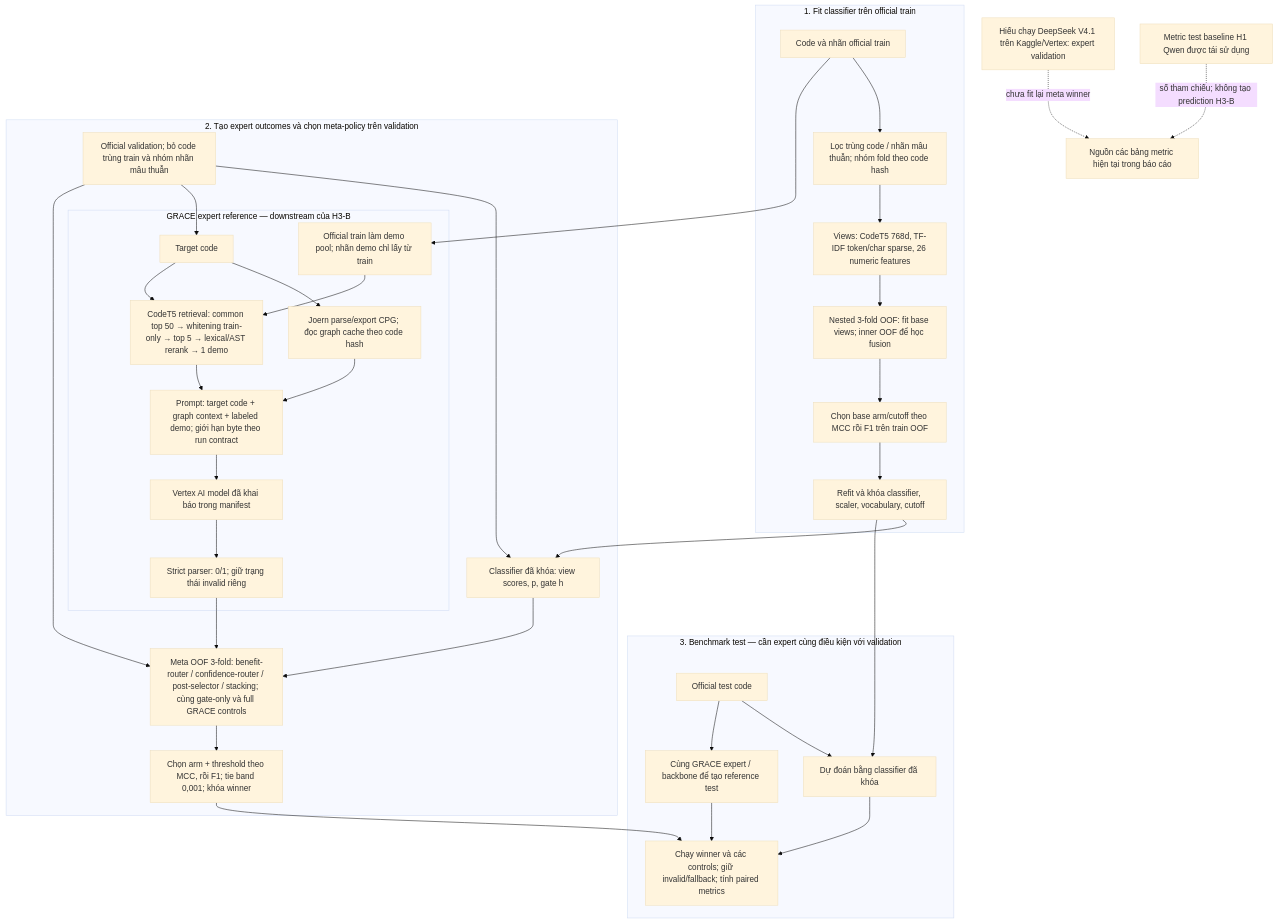
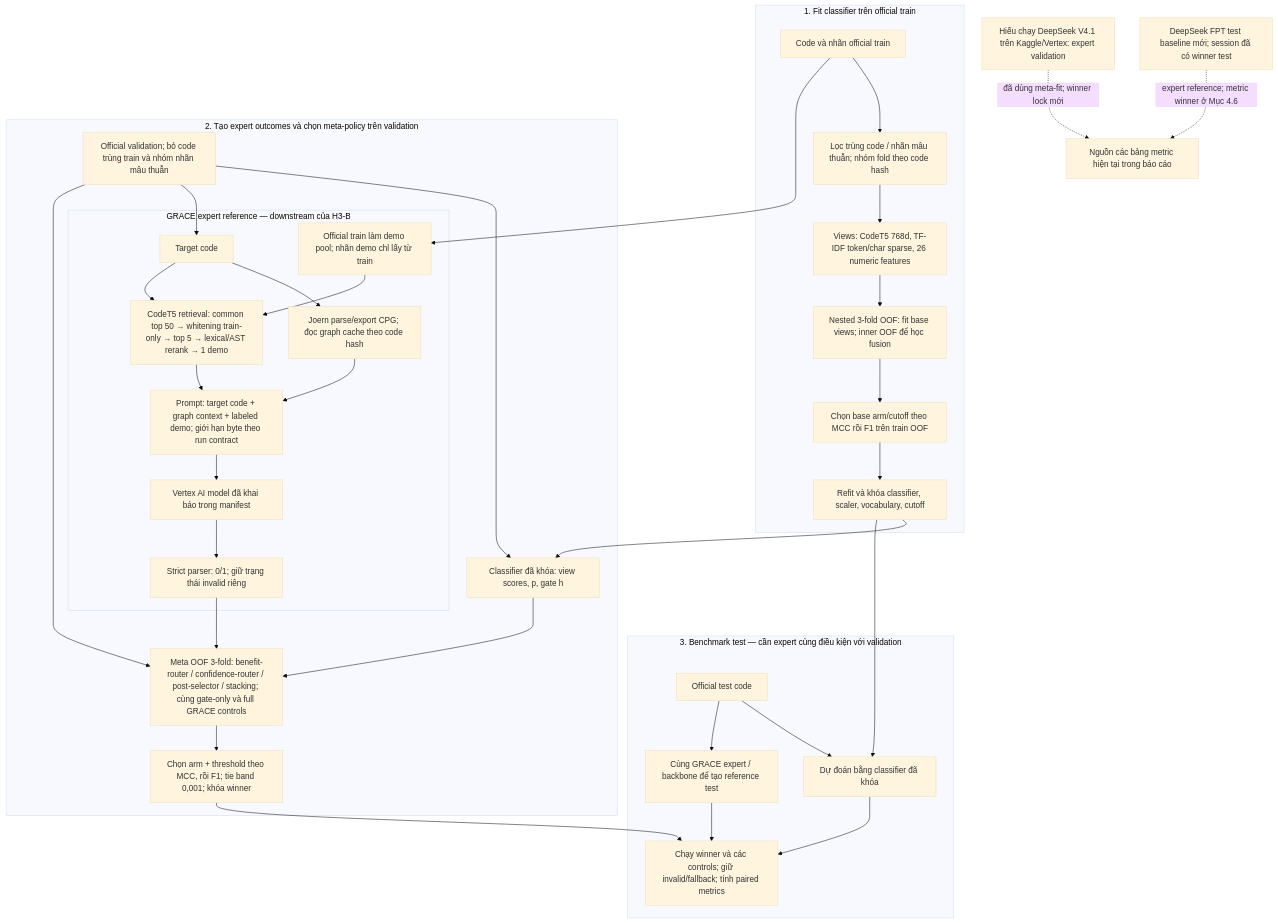
One commit to kazunguyen/GRACE_runs_context changed the fourth of 10 diagrams in bao-cao-cai-tien.md. Above: the diagram before and after it, drawn with Mermaid (base theme). The commit also changed other lines of this file and 1 other file, not shown here.

````diff
--- a/bao-cao-cai-tien.md
+++ b/bao-cao-cai-tien.md
@@ -476,43 +488,43 @@
 ```mermaid
 flowchart TD
   subgraph TRAIN["1. Fit classifier trên official train"]
     T["Code và nhãn official train"] --> EL["Lọc trùng code / nhãn mâu thuẫn; nhóm fold theo code hash"]
     EL --> VIEWS["Views: CodeT5 768d, TF-IDF token/char sparse, 26 numeric features"]
     VIEWS --> OOF["Nested 3-fold OOF: fit base views; inner OOF để học fusion"]
     OOF --> SELBASE["Chọn base arm/cutoff theo MCC rồi F1 trên train OOF"]
     SELBASE --> FROZEN["Refit và khóa classifier, scaler, vocabulary, cutoff"]
   end
 
   subgraph DEV["2. Tạo expert outcomes và chọn meta-policy trên validation"]
     D["Official validation; bỏ code trùng train và nhóm nhãn mâu thuẫn"] --> SCORE["Classifier đã khóa: view scores, p, gate h"]
     D --> CODE
     subgraph EXPERT["GRACE expert reference — downstream của H3-B"]
       CODE["Target code"] --> JOERN["Joern parse/export CPG; đọc graph cache theo code hash"]
       POOL["Official train làm demo pool; nhãn demo chỉ lấy từ train"] --> RETR["CodeT5 retrieval: common top 50 → whitening train-only → top 5 → lexical/AST rerank → 1 demo"]
       CODE --> RETR
       JOERN --> PROMPT["Prompt: target code + graph context + labeled demo; giới hạn byte theo run contract"]
       RETR --> PROMPT
       PROMPT --> LLM["Vertex AI model đã khai báo trong manifest"]
       LLM --> PARSE["Strict parser: 0/1; giữ trạng thái invalid riêng"]
     end
     SCORE --> META
     PARSE --> META
     D --> META
     META["Meta OOF 3-fold: benefit-router / confidence-router / post-selector / stacking; cùng gate-only và full GRACE controls"] --> WIN["Chọn arm + threshold theo MCC, rồi F1; tie band 0,001; khóa winner"]
   end
 
   subgraph TEST["3. Benchmark test — cần expert cùng điều kiện với validation"]
     X["Official test code"] --> PRED["Dự đoán bằng classifier đã khóa"]
     X --> TESTEXP["Cùng GRACE expert / backbone để tạo reference test"]
     PRED --> FINAL["Chạy winner và các controls; giữ invalid/fallback; tính paired metrics"]
     TESTEXP --> FINAL
     WIN --> FINAL
   end
 
   T --> POOL
   FROZEN --> SCORE
   FROZEN --> PRED
-  VALRUN["Hiếu chạy DeepSeek V4.1 trên Kaggle/Vertex: expert validation"] -. "chưa fit lại meta winner" .-> REPORTED
-  H1TEST["Metric test baseline H1 Qwen được tái sử dụng"] -. "số tham chiếu; không tạo prediction H3-B" .-> REPORTED
+  VALRUN["Hiếu chạy DeepSeek V4.1 trên Kaggle/Vertex: expert validation"] -. "đã dùng meta-fit; winner lock mới" .-> REPORTED
+  H1TEST["DeepSeek FPT test baseline mới; session đã có winner test"] -. "expert reference; metric winner ở Mục 4.6" .-> REPORTED
   REPORTED["Nguồn các bảng metric hiện tại trong báo cáo"]
 ```
````
